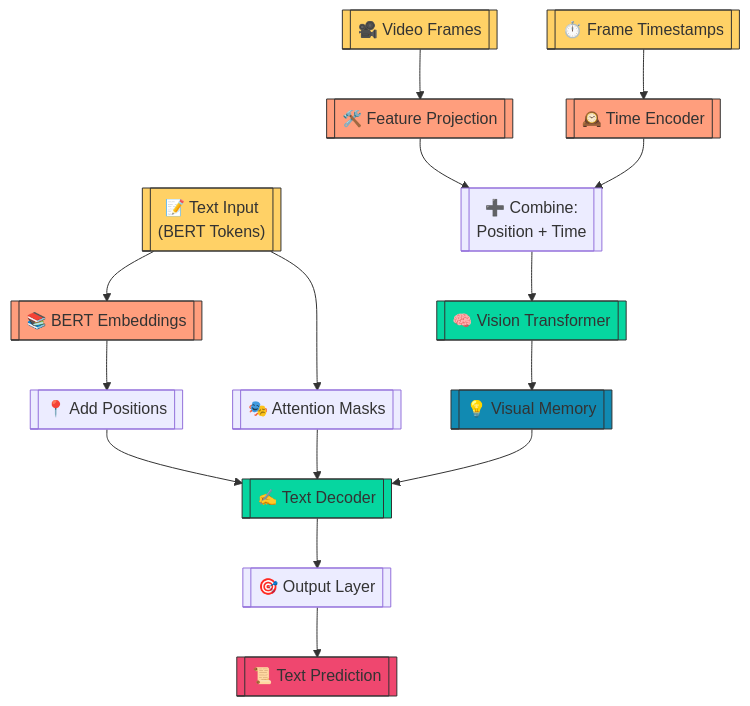
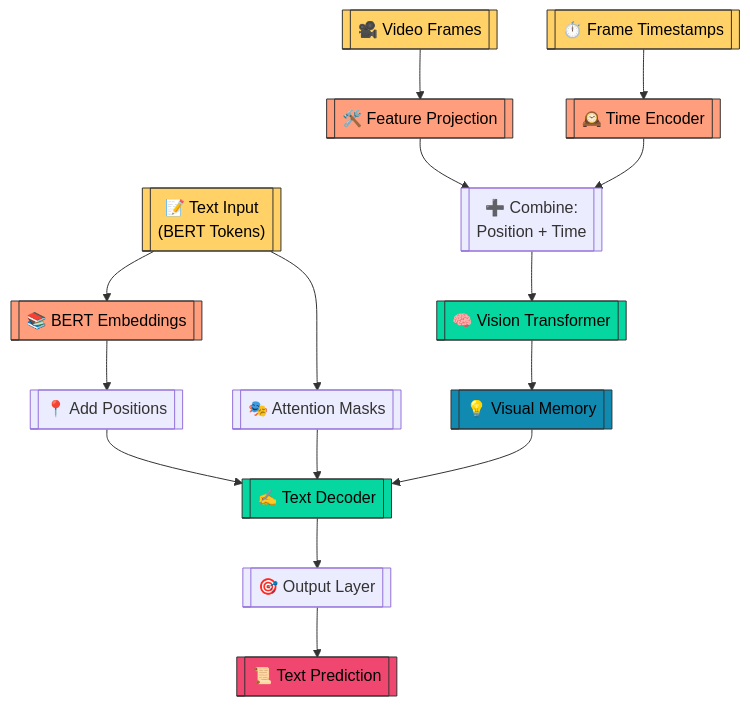
The diagram in README.md (Sisaac5/ModelAudioGuIA), drawn with Mermaid before and after one commit.

Commit message:
docs: fix colors

````diff
--- a/README.md
+++ b/README.md
@@ -57,36 +57,36 @@
 ```mermaid
 flowchart TD
     %% ===== INPUTS =====
     A[["🎥 Video Frames"]] --> B[["🛠️ Feature Projection"]]
     C[["⏱️ Frame Timestamps"]] --> D[["🕰️ Time Encoder"]]
     T[["📝 Text Input<br/>(BERT Tokens)"]] --> E[["📚 BERT Embeddings"]]
     
     %% ===== VISUAL PATH =====
     B --> F[["➕ Combine:<br/>Position + Time"]]
     D --> F
     F --> G[["🧠 Vision Transformer"]]
     G --> H[["💡 Visual Memory"]]
     
     %% ===== TEXT PATH =====
     E --> I[["📍 Add Positions"]]
     I --> J[["✍️ Text Decoder"]]
     H --> J
     J --> K[["🎯 Output Layer"]]
     K --> L[["📜 Text Prediction"]]
     
     %% ===== MASKING =====
     T --> M[["🎭 Attention Masks"]]
     M --> J
     
     %% ===== STYLES =====
-    style A fill:#FFD166,stroke:#333
-    style C fill:#FFD166,stroke:#333
-    style T fill:#FFD166,stroke:#333
-    style B fill:#FF9E7D,stroke:#333
-    style D fill:#FF9E7D,stroke:#333
-    style E fill:#FF9E7D,stroke:#333
-    style G fill:#06D6A0,stroke:#333
-    style J fill:#06D6A0,stroke:#333
-    style H fill:#118AB2,stroke:#333
-    style L fill:#EF476F,stroke:#333
+    style A fill:#FFD166,stroke:#333,color:#000
+    style C fill:#FFD166,stroke:#333,color:#000
+    style T fill:#FFD166,stroke:#333,color:#000
+    style B fill:#FF9E7D,stroke:#333,color:#000
+    style D fill:#FF9E7D,stroke:#333,color:#000
+    style E fill:#FF9E7D,stroke:#333,color:#000
+    style G fill:#06D6A0,stroke:#333,color:#000
+    style J fill:#06D6A0,stroke:#333,color:#000
+    style H fill:#118AB2,stroke:#333,color:#000
+    style L fill:#EF476F,stroke:#333,color:#000
 ```
````
